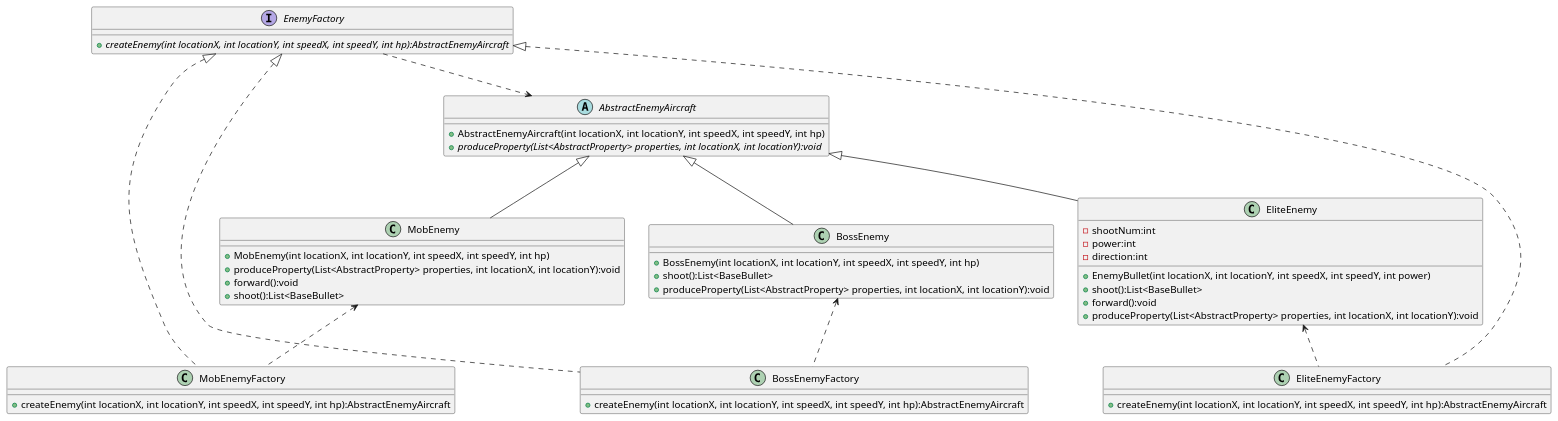
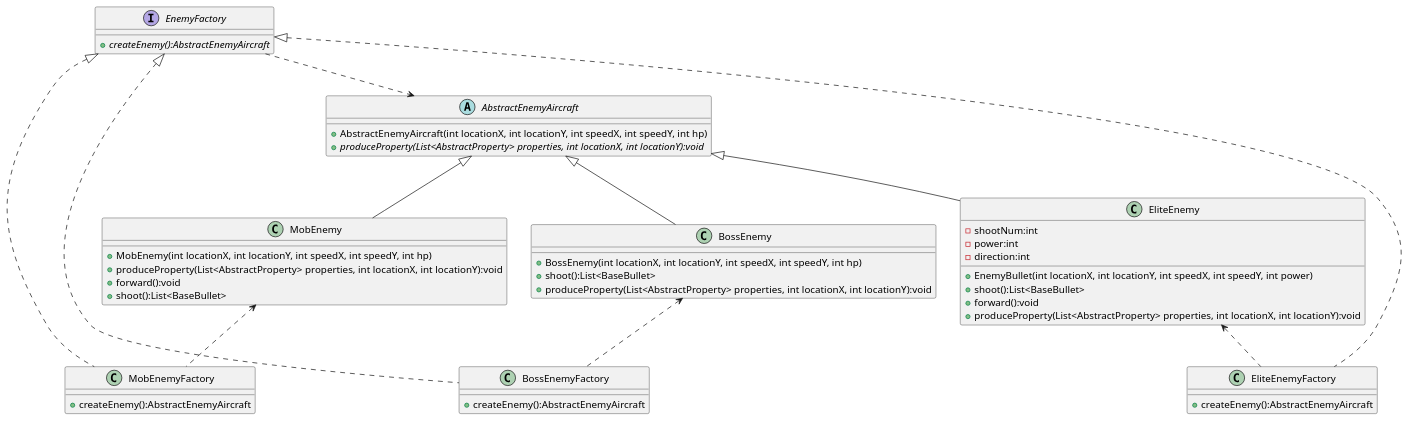
Before and after one commit to Stone749990226/AircraftWar: the diagram in uml/uml_exp2_Factory1.puml, drawn with PlantUML. The commit also changed 11 other files, not shown here.

```diff
--- a/uml/uml_exp2_Factory1.puml
+++ b/uml/uml_exp2_Factory1.puml
@@ -1,56 +1,56 @@
 @startuml
 
 
 abstract class AbstractEnemyAircraft{
 + AbstractEnemyAircraft(int locationX, int locationY, int speedX, int speedY, int hp)
 + {abstract} produceProperty(List<AbstractProperty> properties, int locationX, int locationY):void
 }
 class MobEnemy{
 + MobEnemy(int locationX, int locationY, int speedX, int speedY, int hp)
 + produceProperty(List<AbstractProperty> properties, int locationX, int locationY):void
 + forward():void
 + shoot():List<BaseBullet>
 }
 class EliteEnemy {
 - shootNum:int
 - power:int
 - direction:int
 + EnemyBullet(int locationX, int locationY, int speedX, int speedY, int power)
 + shoot():List<BaseBullet>
 + forward():void
 + produceProperty(List<AbstractProperty> properties, int locationX, int locationY):void
 }
 class BossEnemy {
 + BossEnemy(int locationX, int locationY, int speedX, int speedY, int hp)
 + shoot():List<BaseBullet>
 + produceProperty(List<AbstractProperty> properties, int locationX, int locationY):void
 }
 
 Interface EnemyFactory{
-+ {abstract} createEnemy(int locationX, int locationY, int speedX, int speedY, int hp):AbstractEnemyAircraft
++ {abstract} createEnemy():AbstractEnemyAircraft
 }
 class MobEnemyFactory{
-+ createEnemy(int locationX, int locationY, int speedX, int speedY, int hp):AbstractEnemyAircraft
++ createEnemy():AbstractEnemyAircraft
 }
 class EliteEnemyFactory{
-+ createEnemy(int locationX, int locationY, int speedX, int speedY, int hp):AbstractEnemyAircraft
++ createEnemy():AbstractEnemyAircraft
 }
 class BossEnemyFactory{
-+ createEnemy(int locationX, int locationY, int speedX, int speedY, int hp):AbstractEnemyAircraft
++ createEnemy():AbstractEnemyAircraft
 }
 EnemyFactory <|.. MobEnemyFactory
 EnemyFactory <|.. EliteEnemyFactory
 EnemyFactory <|.. BossEnemyFactory
 
 AbstractEnemyAircraft <|-- EliteEnemy
 AbstractEnemyAircraft <|-- BossEnemy
 AbstractEnemyAircraft <|-- MobEnemy
 
 MobEnemy <.. MobEnemyFactory
 EliteEnemy <.. EliteEnemyFactory
 BossEnemy <.. BossEnemyFactory
 
 EnemyFactory ..> AbstractEnemyAircraft
 
 
 @enduml
```
